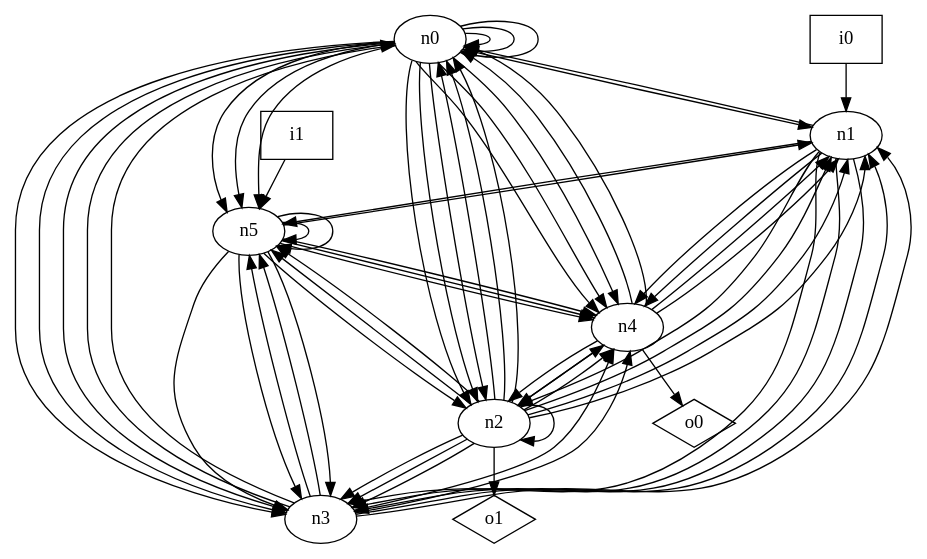
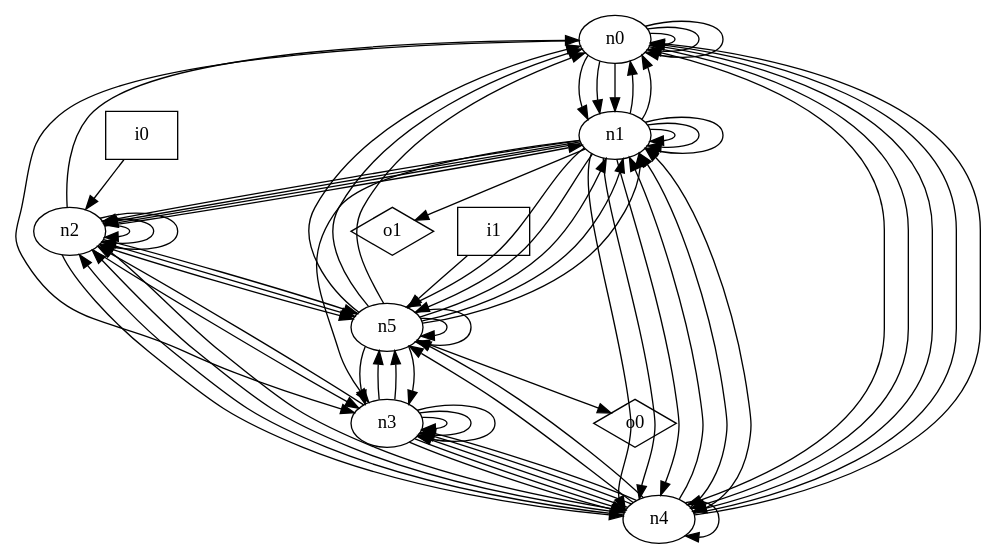
One commit to p9romain/bool-circuits changed the diagram in dot_files/random_graph/graph.dot. Above: the diagram before and after it, drawn with Graphviz. The commit also changed 70 other files, not shown here.

```diff
--- a/dot_files/random_graph/graph.dot
+++ b/dot_files/random_graph/graph.dot
@@ -1,78 +1,82 @@
 digraph G {
 n0 [label="n0"];
 n1 [label="n1"];
 n2 [label="n2"];
 n3 [label="n3"];
 n4 [label="n4"];
 n5 [label="n5"];
 n6 [label="i0",shape="box"];
 n7 [label="i1",shape="box"];
 n8 [label="o0",shape="diamond"];
 n9 [label="o1",shape="diamond"];
 n0 -> n0
 n0 -> n0
 n0 -> n0
 n0 -> n1
-n0 -> n2
-n0 -> n2
-n0 -> n2
-n0 -> n3
-n0 -> n3
+n0 -> n1
+n0 -> n1
 n0 -> n3
 n0 -> n4
 n0 -> n4
 n0 -> n4
-n0 -> n5
-n0 -> n5
-n0 -> n5
 n1 -> n0
+n1 -> n0
+n1 -> n1
+n1 -> n1
+n1 -> n1
 n1 -> n2
-n1 -> n3
-n1 -> n3
+n1 -> n2
+n1 -> n2
 n1 -> n3
 n1 -> n4
 n1 -> n4
+n1 -> n4
 n1 -> n5
-n2 -> n0
-n2 -> n0
+n1 -> n5
+n1 -> n9
 n2 -> n0
 n2 -> n1
-n2 -> n1
-n2 -> n1
+n2 -> n2
+n2 -> n2
 n2 -> n2
 n2 -> n3
-n2 -> n3
-n2 -> n3
-n2 -> n4
 n2 -> n4
 n2 -> n5
 n2 -> n5
-n2 -> n9
-n3 -> n0
-n3 -> n0
-n3 -> n1
-n3 -> n1
+n2 -> n5
+n3 -> n2
+n3 -> n3
+n3 -> n3
+n3 -> n3
 n3 -> n4
 n3 -> n4
 n3 -> n5
 n3 -> n5
 n4 -> n0
 n4 -> n0
 n4 -> n1
 n4 -> n1
+n4 -> n1
 n4 -> n2
 n4 -> n2
-n4 -> n8
+n4 -> n2
+n4 -> n3
+n4 -> n3
+n4 -> n3
+n4 -> n4
+n4 -> n5
+n4 -> n5
+n5 -> n0
+n5 -> n0
+n5 -> n0
 n5 -> n1
-n5 -> n2
+n5 -> n1
+n5 -> n1
 n5 -> n3
 n5 -> n3
-n5 -> n3
-n5 -> n4
-n5 -> n4
-n5 -> n4
 n5 -> n5
 n5 -> n5
-n6 -> n1
+n5 -> n8
+n6 -> n2
 n7 -> n5
 }
```
